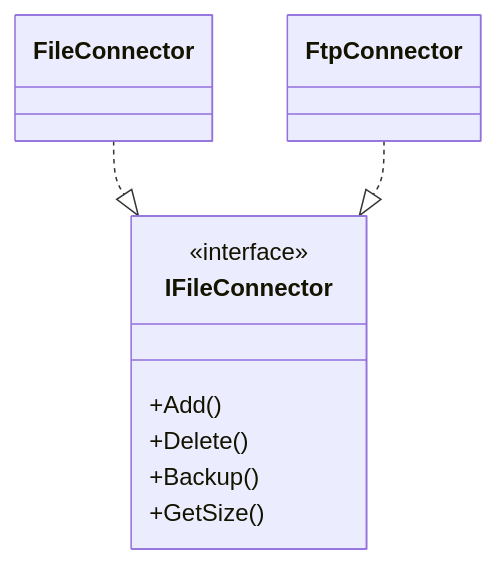
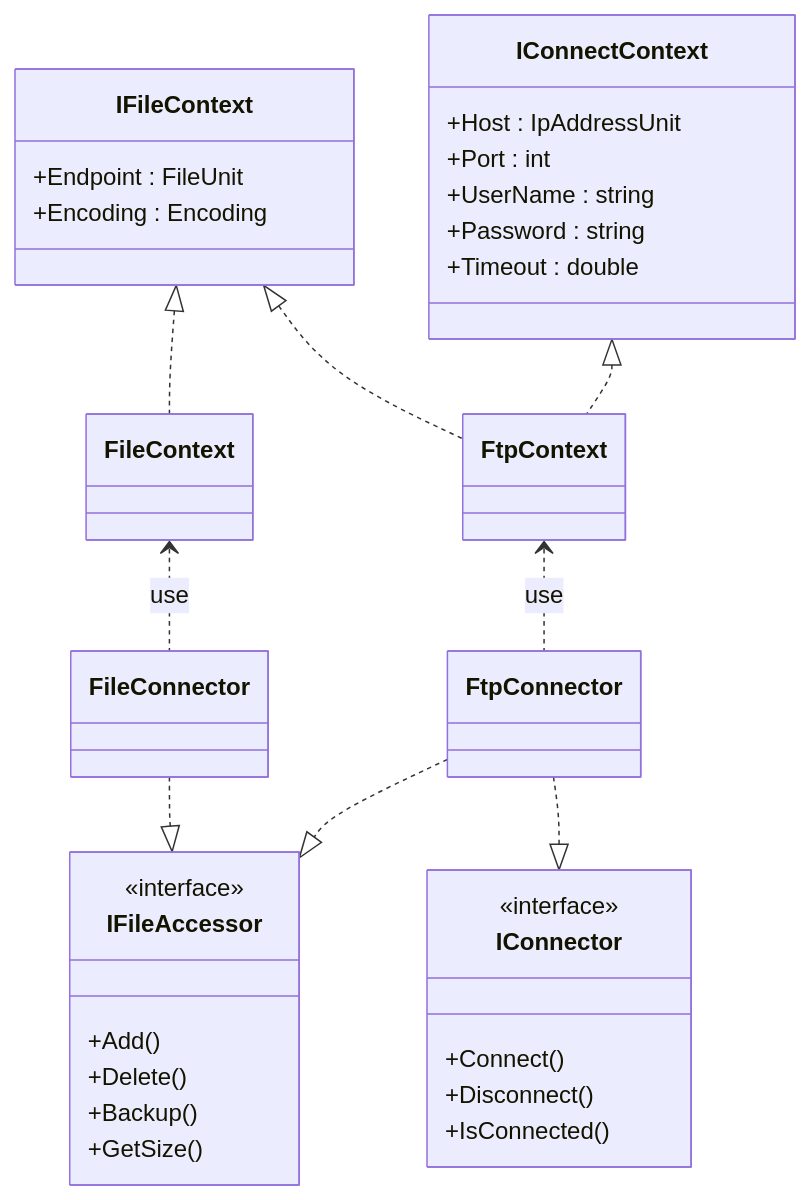
One commit to hidemuu/mov changed the second of 2 diagrams in mkdocs/docs/commons/accessor.md. Above: the diagram before and after it, drawn with Mermaid. The commit also changed other lines of this file and 42 other files, not shown here.

````diff
--- a/mkdocs/docs/commons/accessor.md
+++ b/mkdocs/docs/commons/accessor.md
@@ -97,22 +108,59 @@
 ```mermaid
 classDiagram
-    class IFileConnector{
+    
+    class IConnector{
+        <<interface>>
+        +Connect()
+        +Disconnect()
+        +IsConnected()
+    }
+    
+    class IFileAccessor{
         <<interface>>
         +Add()
         +Delete()
         +Backup()
         +GetSize()
     }
     
+    class IConnectContext{
+        +Host : IpAddressUnit
+        +Port : int
+        +UserName : string
+        +Password : string
+        +Timeout : double
+    } 
+
+    class IFileContext{
+        +Endpoint : FileUnit
+        +Encoding : Encoding
+    }
+
+    class FileContext{
+
+    }
+
+    class FtpContext{
+
+    }
+
     class FileConnector{
 
     }
 
     class FtpConnector{
 
     }
 
-    FileConnector ..|> IFileConnector
-    FtpConnector ..|> IFileConnector
+    IFileContext <|.. FileContext
+    FileContext <.. FileConnector: use
+    FileConnector ..|> IFileAccessor
+    
+    FtpContext <.. FtpConnector: use
+    FtpConnector ..|> IFileAccessor
+    FtpConnector ..|> IConnector
+
+    IFileContext <|.. FtpContext
+    IConnectContext <|.. FtpContext
 
 ```
````
